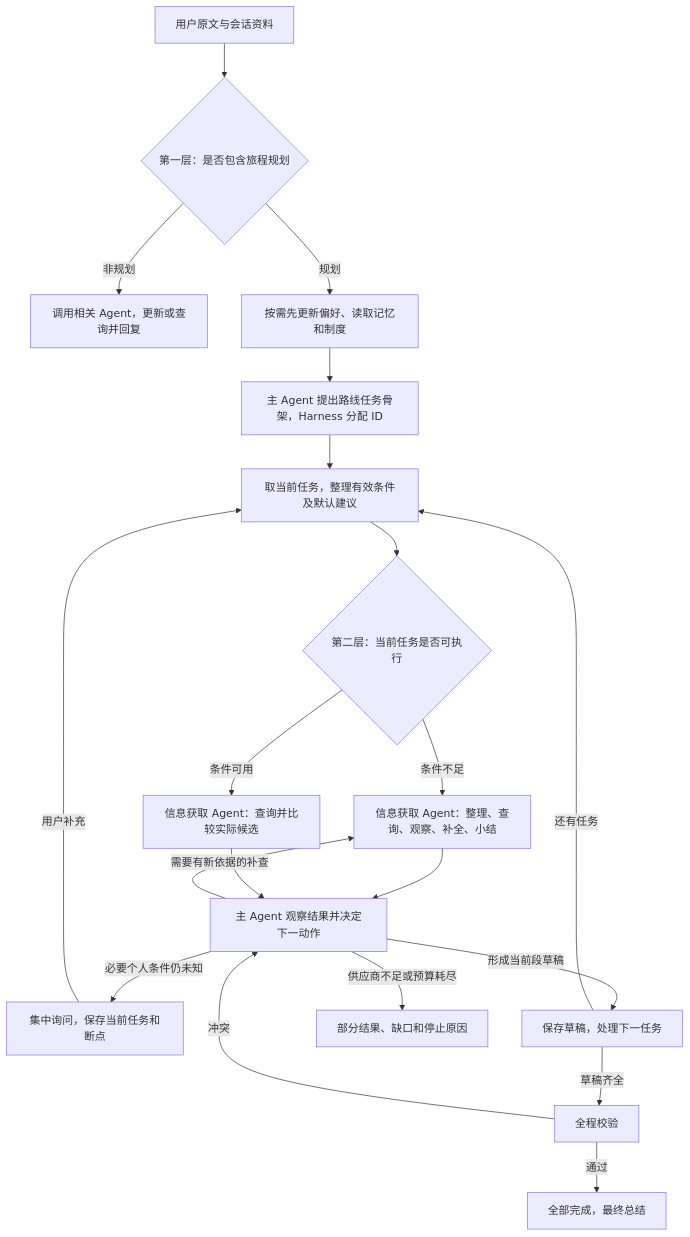
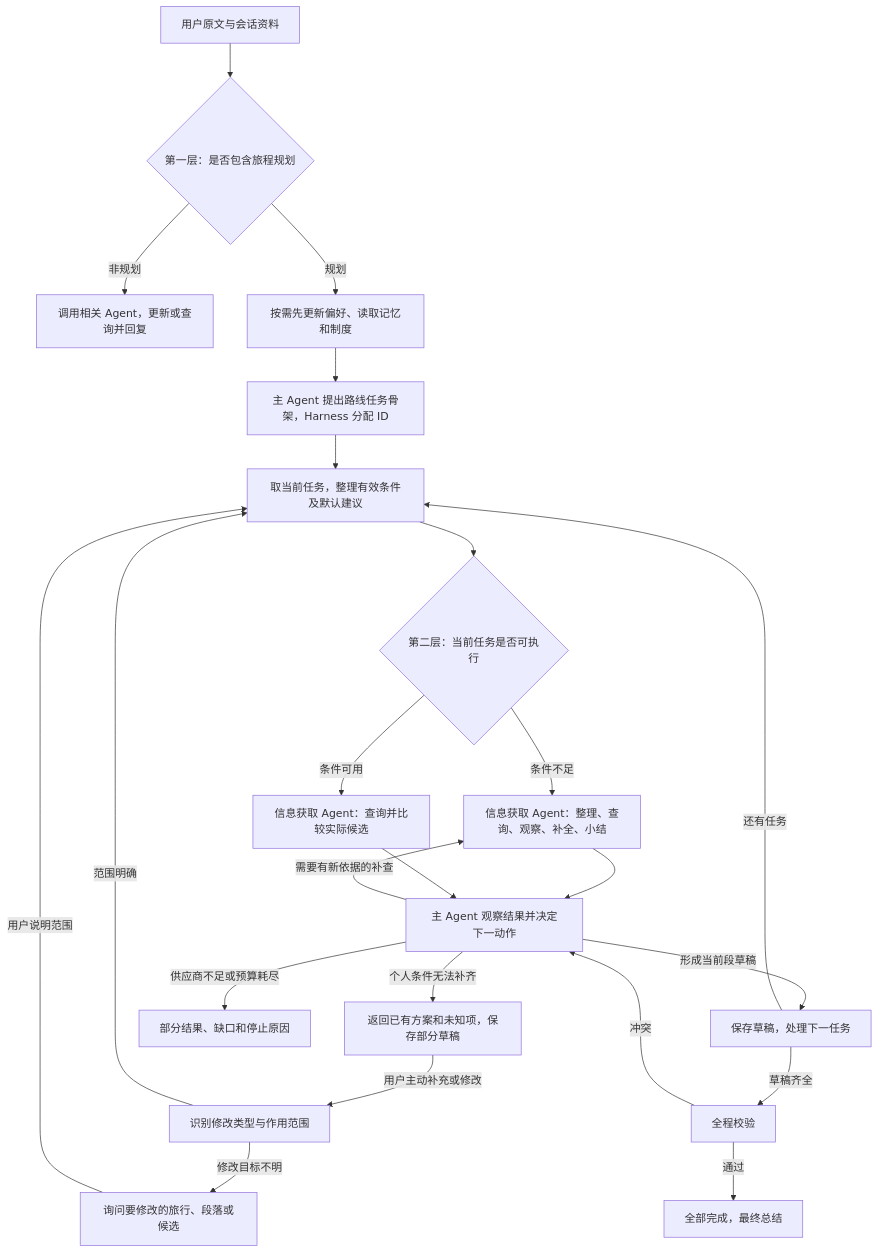
The diagram in docs/superpowers/specs/2026-10-10-planning-preflight-design.md (yzy703050-oss/trip-evidence-agent), drawn with Mermaid before and after one commit. The commit also changed other lines of this file, not shown here.

````diff
--- a/docs/superpowers/specs/2026-10-10-planning-preflight-design.md
+++ b/docs/superpowers/specs/2026-10-10-planning-preflight-design.md
@@ -41,22 +43,25 @@
 ```mermaid
 flowchart TD
     U[用户原文与会话资料] --> I{第一层：是否包含旅程规划}
     I -->|非规划| N[调用相关 Agent，更新或查询并回复]
     I -->|规划| P[按需先更新偏好、读取记忆和制度]
     P --> S[主 Agent 提出路线任务骨架，Harness 分配 ID]
     S --> G[取当前任务，整理有效条件及默认建议]
     G --> C{第二层：当前任务是否可执行}
     C -->|条件不足| Q[信息获取 Agent：整理、查询、观察、补全、小结]
     C -->|条件可用| X[信息获取 Agent：查询并比较实际候选]
     Q --> D[主 Agent 观察结果并决定下一动作]
     X --> D
-    D -->|必要个人条件仍未知| A[集中询问，保存当前任务和断点]
-    A -->|用户补充| G
+    D -->|个人条件无法补齐| A[返回已有方案和未知项，保存部分草稿]
+    A -->|用户主动补充或修改| M[识别修改类型与作用范围]
+    M -->|范围明确| G
+    M -->|修改目标不明| B[询问要修改的旅行、段落或候选]
+    B -->|用户说明范围| G
     D -->|需要有新依据的补查| Q
     D -->|形成当前段草稿| T[保存草稿，处理下一任务]
     T -->|还有任务| G
     T -->|草稿齐全| V[全程校验]
     V -->|冲突| D
     V -->|通过| F[全部完成，最终总结]
     D -->|供应商不足或预算耗尽| E[部分结果、缺口和停止原因]
 ```
````
